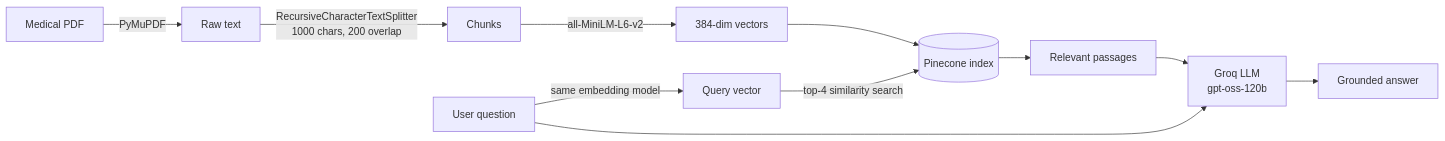
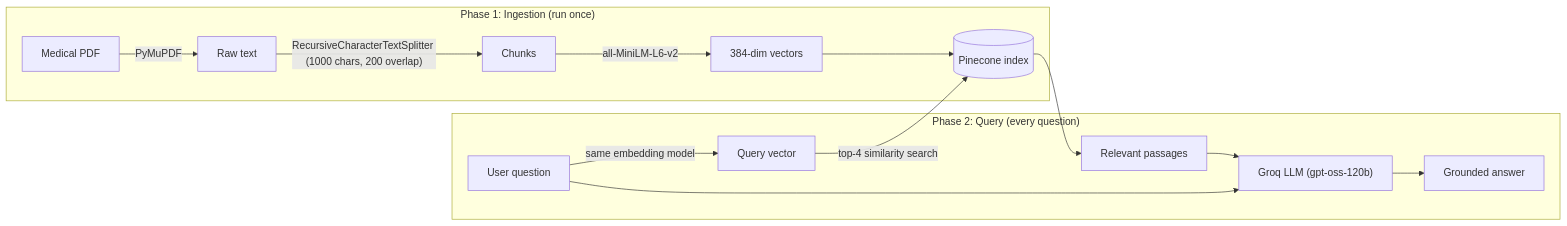
The diagram in README.md (rakshabhardwaj/medical-rag-assistant), drawn with Mermaid before and after one commit. The commit also changed other lines of this file and 3 other files, not shown here.

Commit message:
Revamp README with demo, diagram, config, and roadmap

````diff
--- a/README.md
+++ b/README.md
@@ -33,13 +88,18 @@
 ```mermaid
 flowchart LR
-    A[Medical PDF] -->|PyMuPDF| B[Raw text]
-    B -->|RecursiveCharacterTextSplitter<br/>1000 chars, 200 overlap| C[Chunks]
-    C -->|all-MiniLM-L6-v2| D[384-dim vectors]
-    D --> E[(Pinecone index)]
-    Q[User question] -->|same embedding model| F[Query vector]
-    F -->|top-4 similarity search| E
-    E --> G[Relevant passages]
-    G --> H[Groq LLM<br/>gpt-oss-120b]
-    Q --> H
-    H --> I[Grounded answer]
+    subgraph ING["Phase 1: Ingestion (run once)"]
+        A["Medical PDF"] -->|PyMuPDF| B["Raw text"]
+        B -->|"RecursiveCharacterTextSplitter (1000 chars, 200 overlap)"| C["Chunks"]
+        C -->|"all-MiniLM-L6-v2"| D["384-dim vectors"]
+        D --> E[("Pinecone index")]
+    end
+
+    subgraph QRY["Phase 2: Query (every question)"]
+        Q["User question"] -->|"same embedding model"| F["Query vector"]
+        F -->|"top-4 similarity search"| E
+        E --> G["Relevant passages"]
+        G --> H["Groq LLM (gpt-oss-120b)"]
+        Q --> H
+        H --> I["Grounded answer"]
+    end
 ```
````
